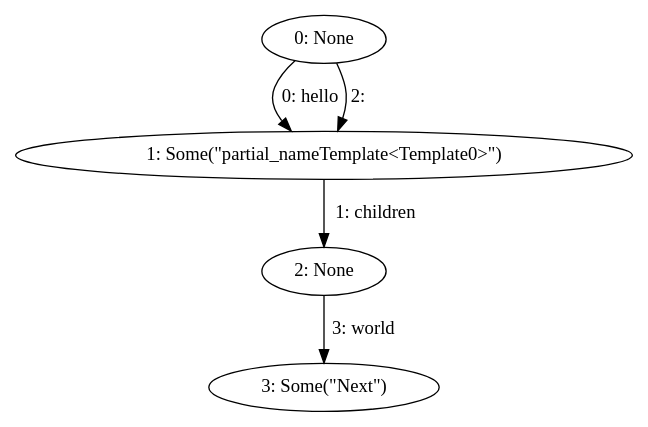
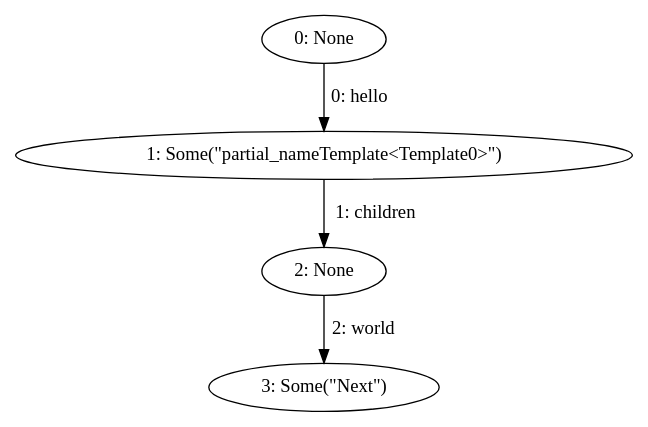
The diagram in partial_block.dot (mohe2015/zero-cost-templating), drawn with Graphviz before and after one commit. The commit also changed 1 other file, not shown here.

```diff
--- a/partial_block.dot
+++ b/partial_block.dot
@@ -1,10 +1,9 @@
 digraph {
     0 [ label = "0: None" ]
     1 [ label = "1: Some(\"partial_nameTemplate<Template0>\")" ]
     2 [ label = "2: None" ]
     3 [ label = "3: Some(\"Next\")" ]
     0 -> 1 [ label = "0: hello" ]
     1 -> 2 [ label = "1: children" ]
-    0 -> 1 [ label = "2: " ]
-    2 -> 3 [ label = "3: world" ]
+    2 -> 3 [ label = "2: world" ]
 }
```
